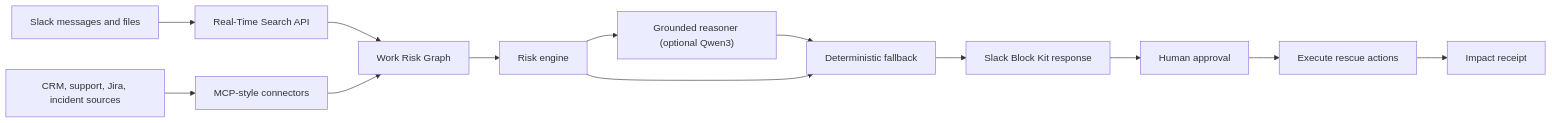
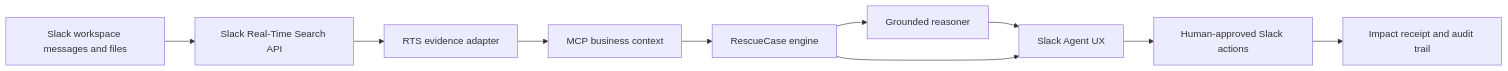
Before and after one commit to arpitraval/rescueops-revenue-rescue-agent: the first of 2 diagrams in ARCHITECTURE.md, drawn with Mermaid. The commit also changed other lines of this file and 5 other files, not shown here.

Commit message:
Document end-to-end Slack RTS support

````diff
--- a/ARCHITECTURE.md
+++ b/ARCHITECTURE.md
@@ -5,15 +5,12 @@
 ```mermaid
 flowchart LR
-    A["Slack messages and files"] --> B["Real-Time Search API"]
-    C["CRM, support, Jira, incident sources"] --> D["MCP-style connectors"]
-    B --> E["Work Risk Graph"]
-    D --> E
-    E --> F["Risk engine"]
-    F --> R["Grounded reasoner (optional Qwen3)"]
-    R --> G["Rescue plan"]
-    F --> G["Deterministic fallback"]
-    G --> H["Slack Block Kit response"]
-    H --> I["Human approval"]
-    I --> J["Execute rescue actions"]
-    J --> K["Impact receipt"]
+    A["Slack workspace messages and files"] --> B["Slack Real-Time Search API"]
+    B --> C["RTS evidence adapter"]
+    C --> D["MCP business context"]
+    D --> E["RescueCase engine"]
+    E --> F["Grounded reasoner"]
+    F --> G["Slack Agent UX"]
+    E --> G
+    G --> H["Human-approved Slack actions"]
+    H --> I["Impact receipt and audit trail"]
 ```
````
